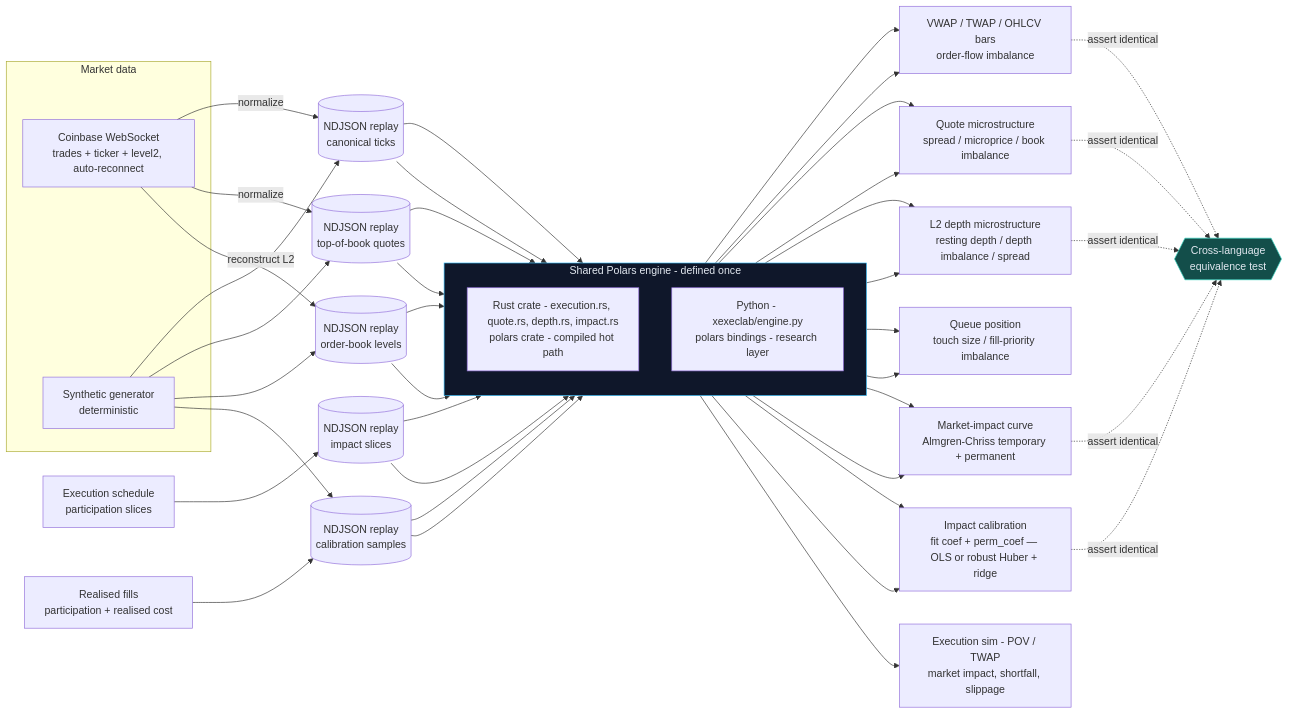
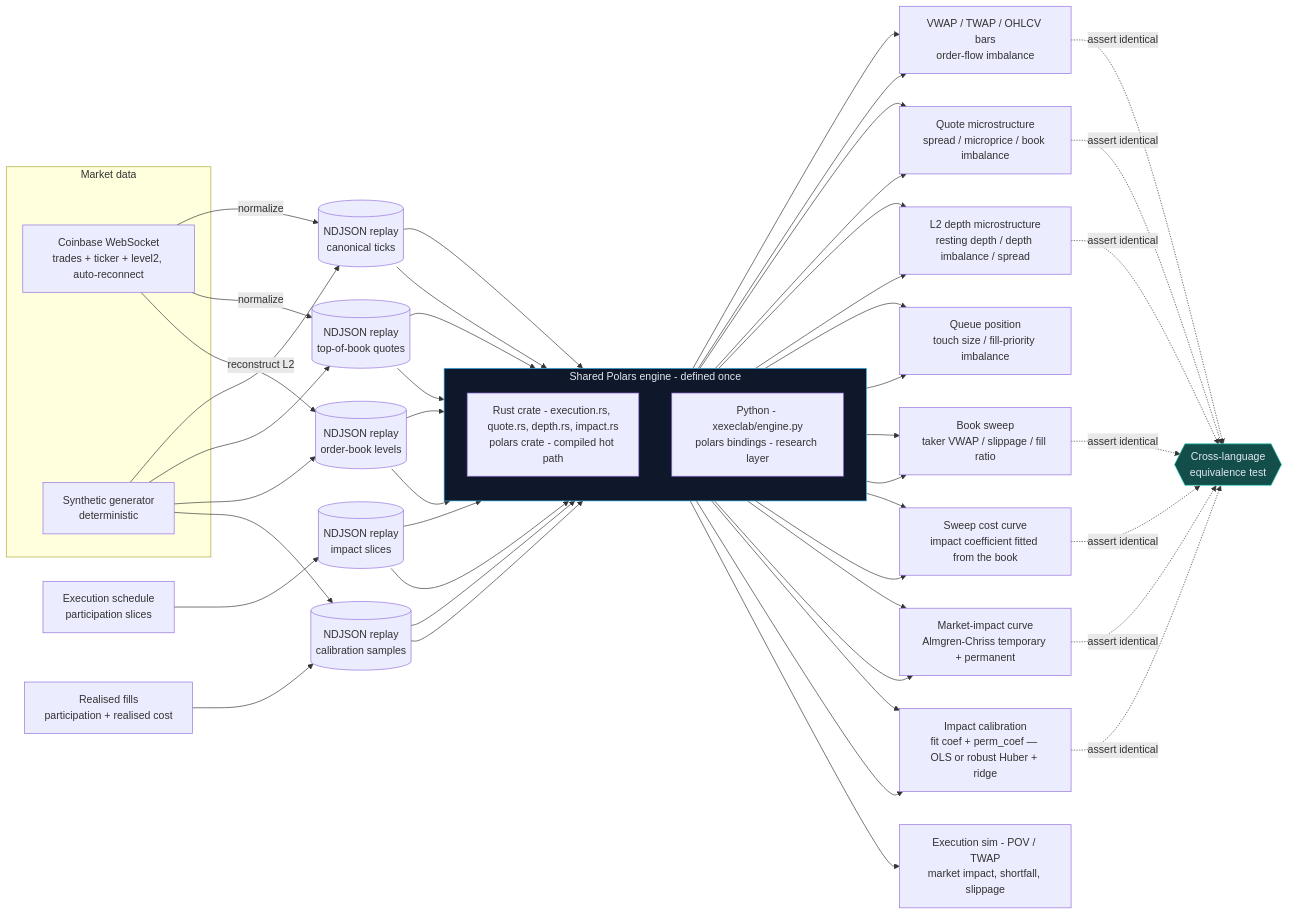
Before and after one commit to ghoshp83/polars-execution-lab: the diagram in README.md, drawn with Mermaid. The commit also changed other lines of this file and 6 other files, not shown here.

First line of the commit message:
docs: release v0.11.0 (impact calibration from the book alone)

````diff
--- a/README.md
+++ b/README.md
@@ -28,56 +28,62 @@
 ```mermaid
 flowchart LR
     subgraph ingest[Market data]
         CB[Coinbase WebSocket<br/>trades + ticker + level2, auto-reconnect]
         SYN[Synthetic generator<br/>deterministic]
     end
     CB -->|normalize| RP[(NDJSON replay<br/>canonical ticks)]
     CB -->|normalize| QRP[(NDJSON replay<br/>top-of-book quotes)]
     CB -->|reconstruct L2| BRP[(NDJSON replay<br/>order-book levels)]
     SCHED[Execution schedule<br/>participation slices] --> IRP[(NDJSON replay<br/>impact slices)]
     FILLS_IN[Realised fills<br/>participation + realised cost] --> CRP[(NDJSON replay<br/>calibration samples)]
     SYN --> RP
     SYN --> QRP
     SYN --> BRP
     SYN --> CRP
 
     subgraph engine[Shared Polars engine - defined once]
         direction TB
         RUST["Rust crate - execution.rs, quote.rs, depth.rs, impact.rs<br/>polars crate - compiled hot path"]
         PY["Python - xexeclab/engine.py<br/>polars bindings - research layer"]
     end
 
     RP --> RUST
     RP --> PY
     QRP --> RUST
     QRP --> PY
     BRP --> RUST
     BRP --> PY
     IRP --> RUST
     IRP --> PY
     CRP --> RUST
     CRP --> PY
 
     RUST --> BENCH[VWAP / TWAP / OHLCV bars<br/>order-flow imbalance]
     PY --> BENCH
     RUST --> BOOK[Quote microstructure<br/>spread / microprice / book imbalance]
     PY --> BOOK
     RUST --> DEPTH[L2 depth microstructure<br/>resting depth / depth imbalance / spread]
     PY --> DEPTH
     RUST --> QUEUE[Queue position<br/>touch size / fill-priority imbalance]
     PY --> QUEUE
+    RUST --> SWEEP[Book sweep<br/>taker VWAP / slippage / fill ratio]
+    PY --> SWEEP
+    RUST --> CURVE[Sweep cost curve<br/>impact coefficient fitted from the book]
+    PY --> CURVE
     RUST --> IMPACT[Market-impact curve<br/>Almgren-Chriss temporary + permanent]
     PY --> IMPACT
     RUST --> CALIB[Impact calibration<br/>fit coef + perm_coef — OLS or robust Huber + ridge]
     PY --> CALIB
     PY --> FILLS["Execution sim - POV / TWAP<br/>market impact, shortfall, slippage"]
 
     BENCH -.->|assert identical| EQ{{Cross-language<br/>equivalence test}}
     BOOK -.->|assert identical| EQ
     DEPTH -.->|assert identical| EQ
+    SWEEP -.->|assert identical| EQ
+    CURVE -.->|assert identical| EQ
     IMPACT -.->|assert identical| EQ
     CALIB -.->|assert identical| EQ
 
     style engine fill:#0f172a,stroke:#38bdf8,color:#e2e8f0
     style EQ fill:#134e4a,stroke:#2dd4bf,color:#e2e8f0
 ```
````
